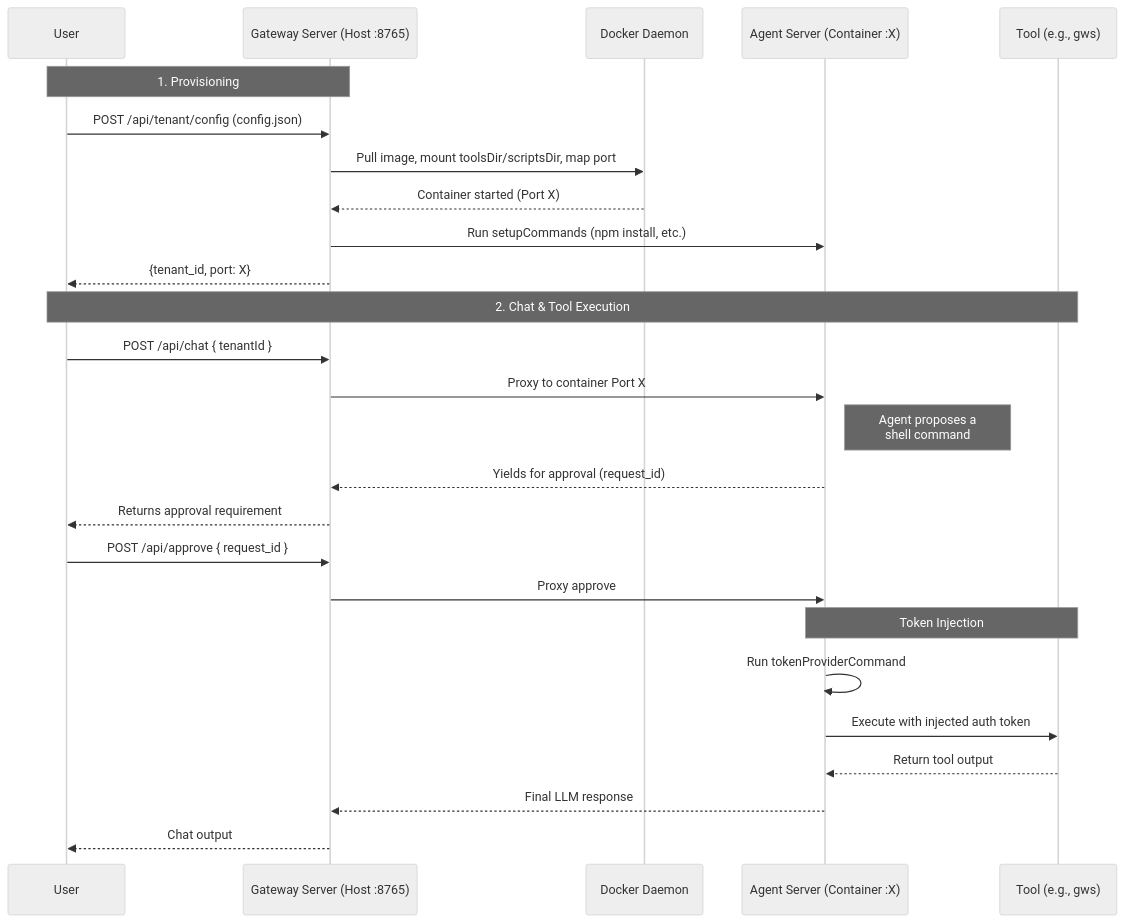
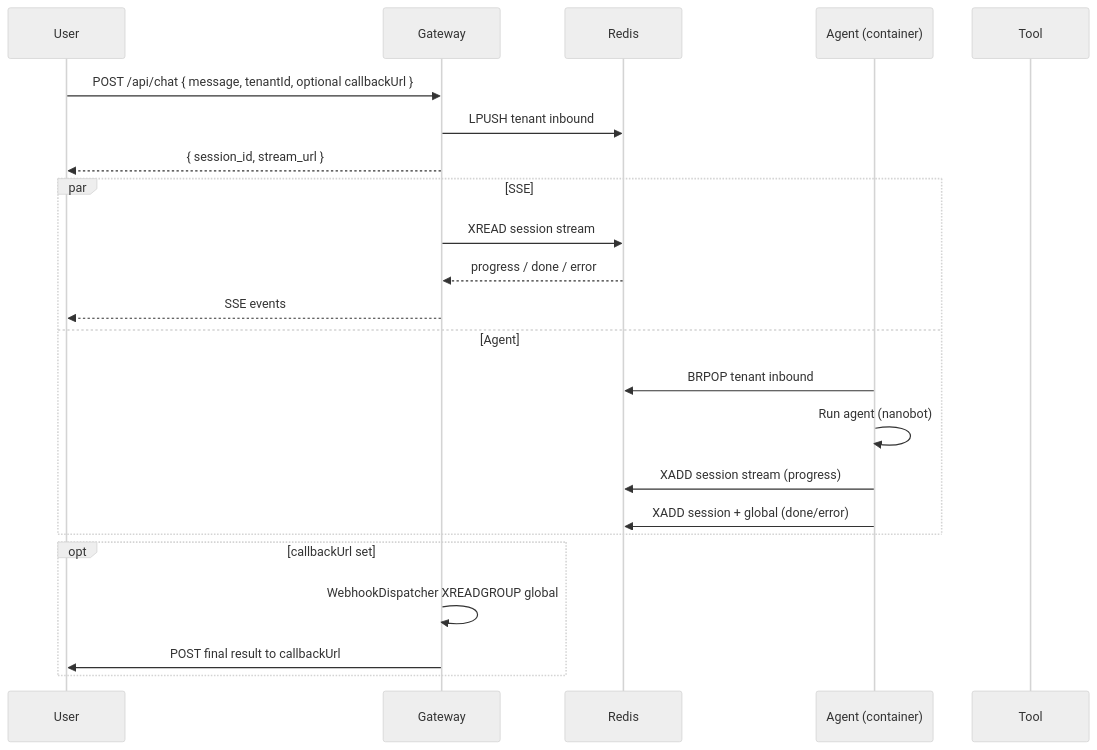
One commit to vinit-patel-athena/nanogate changed the second of 2 diagrams in README.md. Above: the diagram before and after it, drawn with Mermaid (neutral theme). The commit also changed other lines of this file and 16 other files, not shown here.

````diff
--- a/README.md
+++ b/README.md
@@ -26,35 +101,28 @@
 ```mermaid
 sequenceDiagram
     participant User
-    participant Gateway as Gateway Server (Host :8765)
-    participant Docker as Docker Daemon
-    participant Agent as Agent Server (Container :X)
-    participant CLI as Tool (e.g., gws)
+    participant Gateway
+    participant Redis
+    participant Agent as Agent (container)
+    participant CLI as Tool
 
-    %% Provisioning Phase
-    Note over User,Gateway: 1. Provisioning
-    User->>Gateway: POST /api/tenant/config (config.json)
-    Gateway->>Docker: Pull image, mount toolsDir/scriptsDir, map port
-    Docker-->>Gateway: Container started (Port X)
-    Gateway->>Agent: Run setupCommands (npm install, etc.)
-    Gateway-->>User: {tenant_id, port: X}
+    User->>Gateway: POST /api/chat { message, tenantId, optional callbackUrl }
+    Gateway->>Redis: LPUSH tenant inbound
+    Gateway-->>User: { session_id, stream_url }
 
-    %% Chat Phase
-    Note over User,CLI: 2. Chat & Tool Execution
-    User->>Gateway: POST /api/chat { tenantId }
-    Gateway->>Agent: Proxy to container Port X
+    par SSE
+        Gateway->>Redis: XREAD session stream
+        Redis-->>Gateway: progress / done / error
+        Gateway-->>User: SSE events
+    and Agent
+        Agent->>Redis: BRPOP tenant inbound
+        Agent->>Agent: Run agent (nanobot)
+        Agent->>Redis: XADD session stream (progress)
+        Agent->>Redis: XADD session + global (done/error)
+    end
 
-    Note right of Agent: Agent proposes a<br/>shell command
-    Agent-->>Gateway: Yields for approval (request_id)
-    Gateway-->>User: Returns approval requirement
-
-    User->>Gateway: POST /api/approve { request_id }
-    Gateway->>Agent: Proxy approve
-
-    Note over Agent,CLI: Token Injection
-    Agent->>Agent: Run tokenProviderCommand
-    Agent->>CLI: Execute with injected auth token
-    CLI-->>Agent: Return tool output
-    Agent-->>Gateway: Final LLM response
-    Gateway-->>User: Chat output
+    opt callbackUrl set
+        Gateway->>Gateway: WebhookDispatcher XREADGROUP global
+        Gateway->>User: POST final result to callbackUrl
+    end
 ```
````
